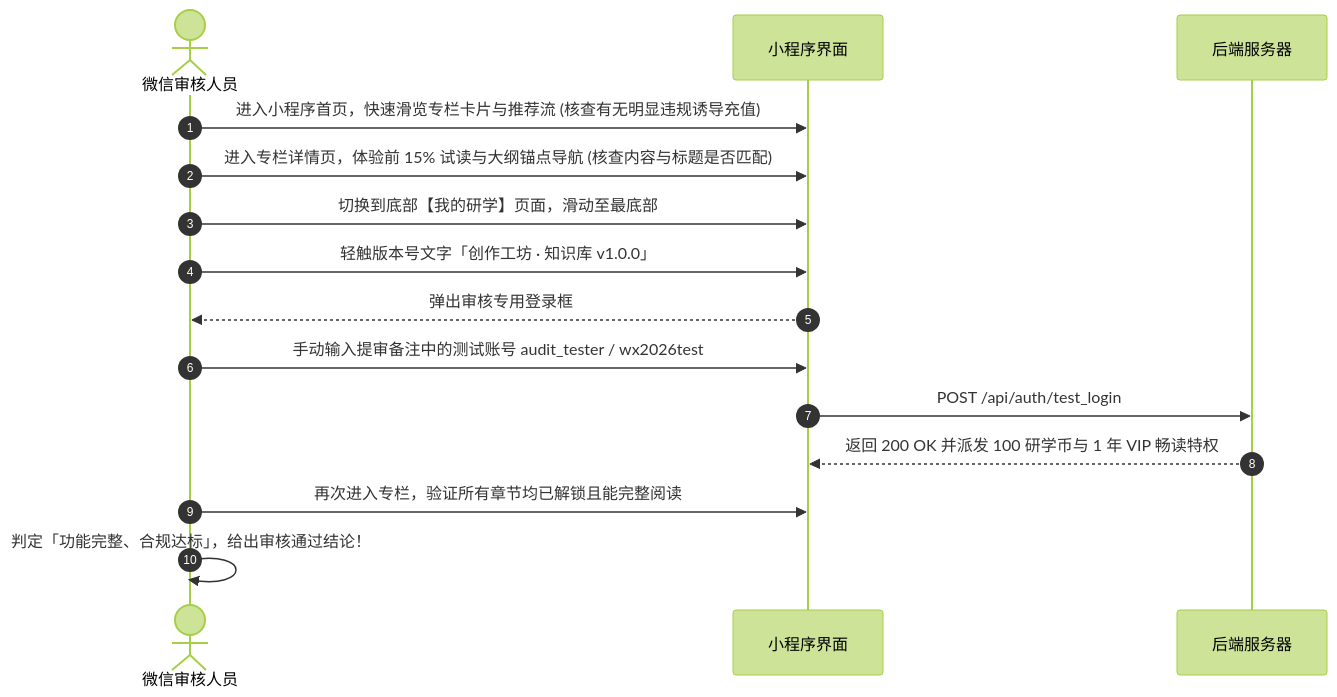
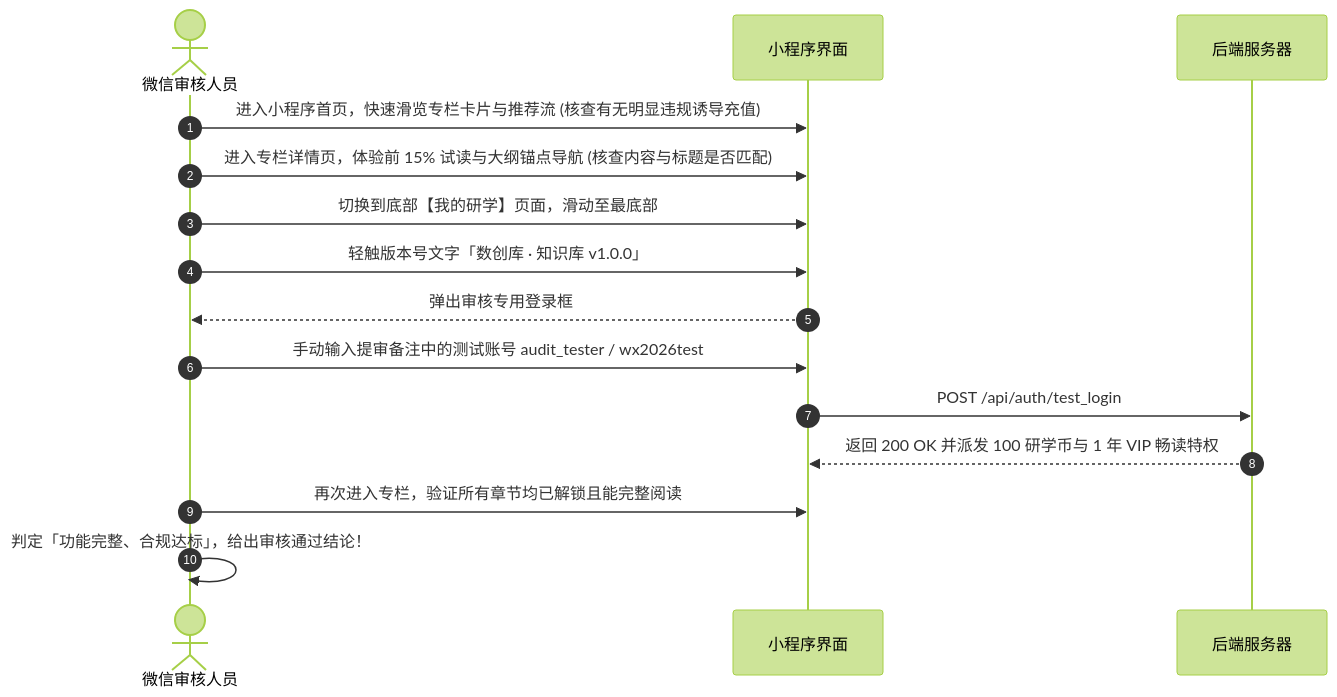
The diagram in docs/source/courses/wxapp_sphinx_from_zero/stage7_audit_mastery/04_audit_case_study_real_log.md (ponyletter/py310sphinx_knowledge), drawn with Mermaid (forest theme) before and after one commit. The commit also changed 6 other files, not shown here.

````diff
--- a/docs/source/courses/wxapp_sphinx_from_zero/stage7_audit_mastery/04_audit_case_study_real_log.md
+++ b/docs/source/courses/wxapp_sphinx_from_zero/stage7_audit_mastery/04_audit_case_study_real_log.md
@@ -27,18 +27,18 @@
 ```{mermaid}
 sequenceDiagram
     autonumber
     actor Auditor as 微信审核人员
     participant MiniApp as 小程序界面
     participant Server as 后端服务器
 
     Auditor->>MiniApp: 进入小程序首页，快速滑览专栏卡片与推荐流 (核查有无明显违规诱导充值)
     Auditor->>MiniApp: 进入专栏详情页，体验前 15% 试读与大纲锚点导航 (核查内容与标题是否匹配)
     Auditor->>MiniApp: 切换到底部【我的研学】页面，滑动至最底部
-    Auditor->>MiniApp: 轻触版本号文字「创作工坊 · 知识库 v1.0.0」
+    Auditor->>MiniApp: 轻触版本号文字「数创库 · 知识库 v1.0.0」
     MiniApp-->>Auditor: 弹出审核专用登录框
     Auditor->>MiniApp: 手动输入提审备注中的测试账号 audit_tester / wx2026test
     MiniApp->>Server: POST /api/auth/test_login
     Server-->>MiniApp: 返回 200 OK 并派发 100 研学币与 1 年 VIP 畅读特权
     Auditor->>MiniApp: 再次进入专栏，验证所有章节均已解锁且能完整阅读
     Auditor->>Auditor: 判定「功能完整、合规达标」，给出审核通过结论！
 ```
````
